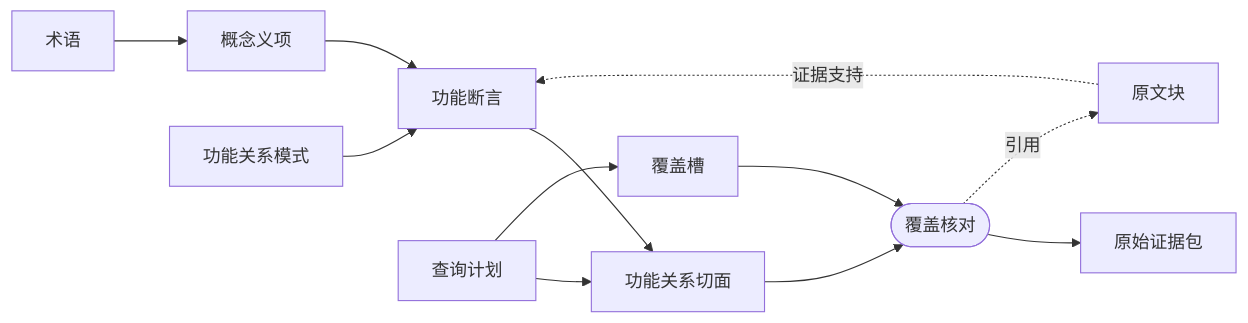
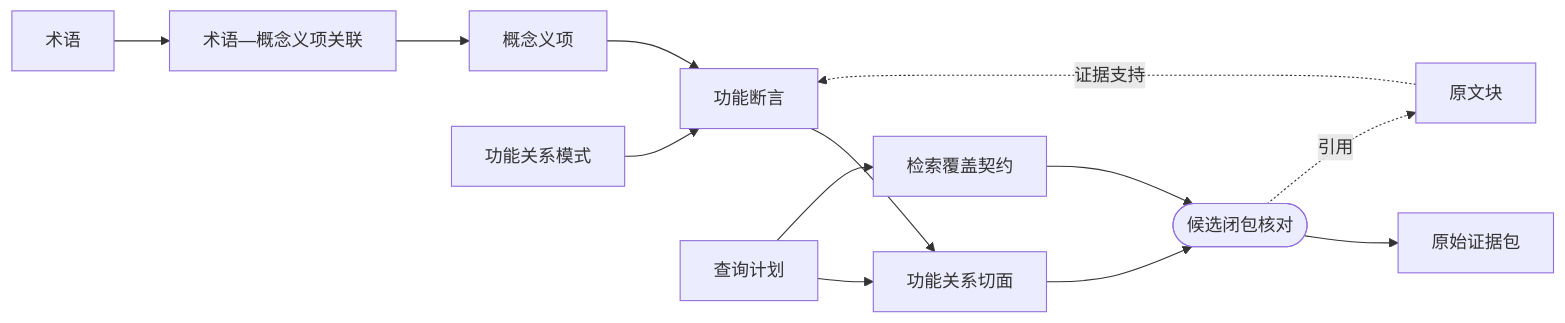
The second of 4 diagrams in docs/design/14-dual-entry-concept-function-knowledge-index.md (lipeidonggz/ai-study-helper-v2), drawn with Mermaid before and after one commit. The commit also changed other lines of this file and 21 other files, not shown here.

````diff
--- a/docs/design/14-dual-entry-concept-function-knowledge-index.md
+++ b/docs/design/14-dual-entry-concept-function-knowledge-index.md
@@ -226,14 +257,15 @@
 ```mermaid
 flowchart LR
-  T[术语] --> S[概念义项]
+  T[术语] --> L[术语—概念义项关联]
+  L --> S[概念义项]
   R[功能关系模式] --> A[功能断言]
   S --> A
   E[原文块] -. 证据支持 .-> A
   A --> F[功能关系切面]
   Q[查询计划] --> F
-  Q --> C[覆盖槽]
-  F --> V([覆盖核对])
+  Q --> C[检索覆盖契约]
+  F --> V([候选闭包核对])
   C --> V
   V --> B[原始证据包]
   V -. 引用 .-> E
 ```
````
